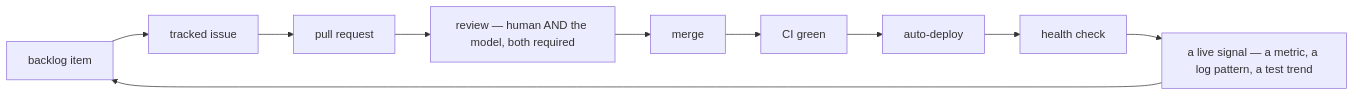
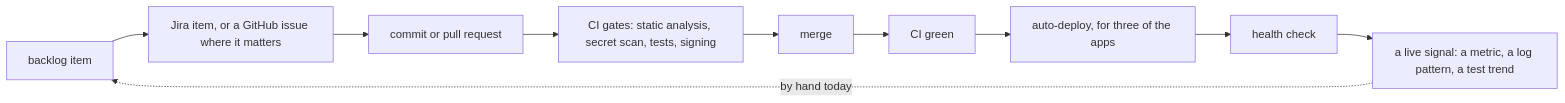
One commit to schultzzznet/schultzzznet changed the diagram in docs/ai-dev.md. Above: the diagram before and after it, drawn with Mermaid. The commit also changed other lines of this file and 13 other files, not shown here.

````diff
--- a/docs/ai-dev.md
+++ b/docs/ai-dev.md
@@ -25,12 +25,12 @@
 ```mermaid
 flowchart LR
-  B["backlog item"] --> ISS["tracked issue"]
-  ISS --> PR["pull request"]
-  PR --> REV["review — human AND the model, both required"]
-  REV --> MERGE["merge"]
+  B["backlog item"] --> ISS["Jira item, or a GitHub issue where it matters"]
+  ISS --> PR["commit or pull request"]
+  PR --> GATE["CI gates: static analysis, secret scan, tests, signing"]
+  GATE --> MERGE["merge"]
   MERGE --> CI["CI green"]
-  CI --> DEPLOY["auto-deploy"]
+  CI --> DEPLOY["auto-deploy, for three of the apps"]
   DEPLOY --> HEALTH["health check"]
-  HEALTH --> SIG["a live signal — a metric, a log pattern, a test trend"]
-  SIG --> B
+  HEALTH --> SIG["a live signal: a metric, a log pattern, a test trend"]
+  SIG -.->|"by hand today"| B
 ```
````
